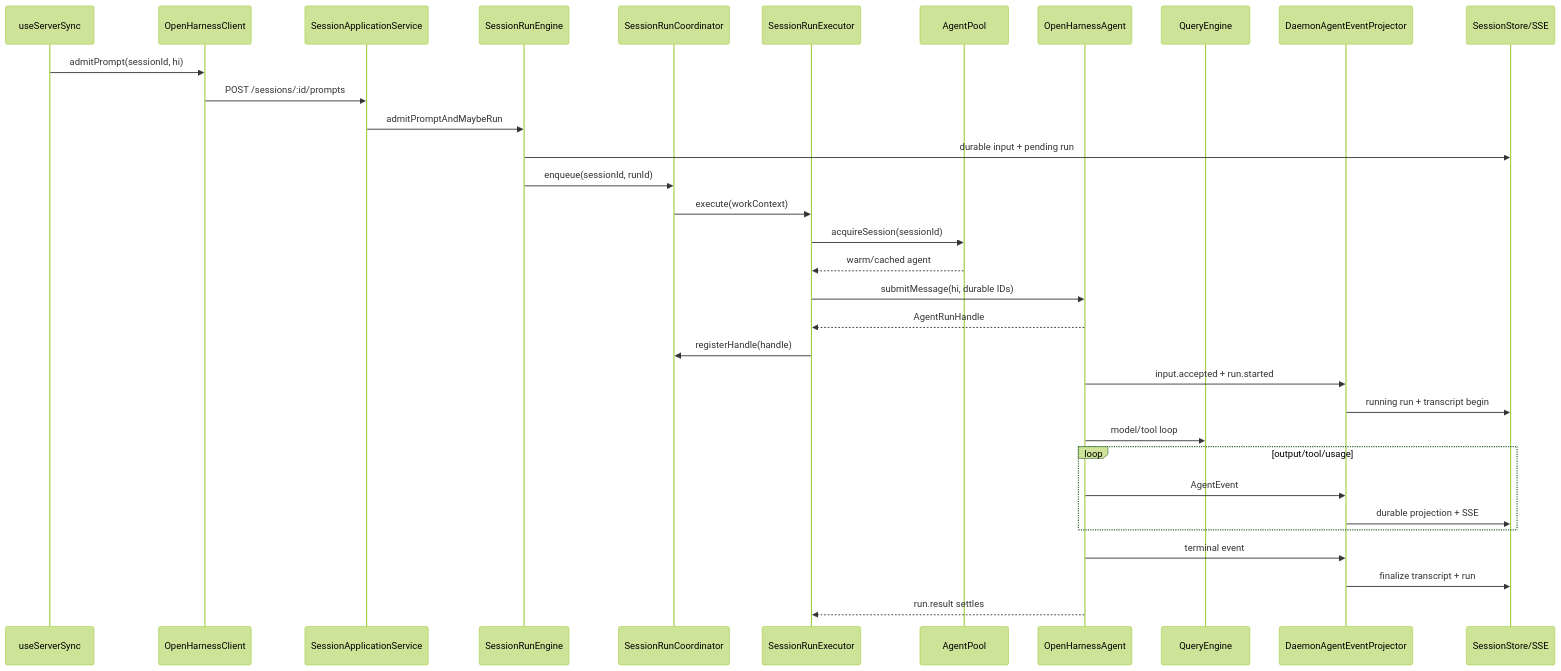
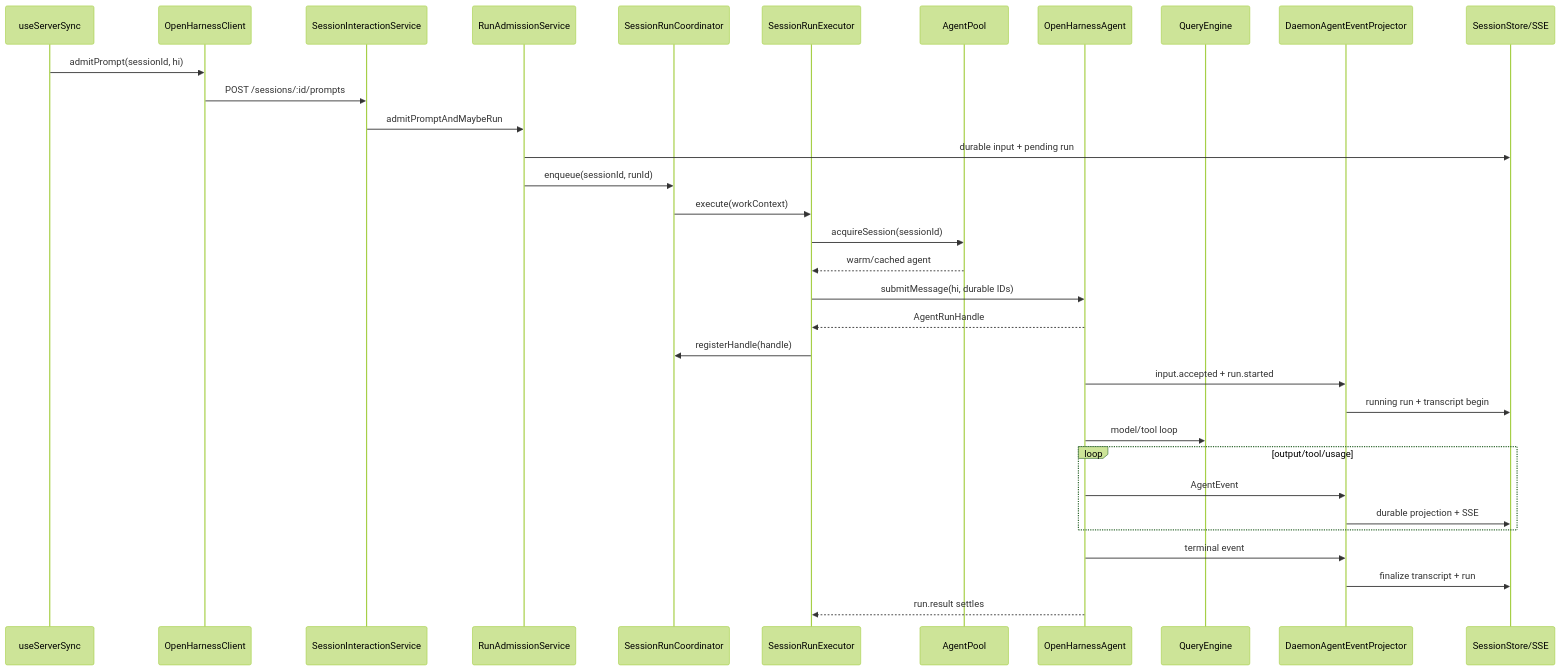
Before and after one commit to rzx007/Vykor: the second of 4 diagrams in docs/daemon-application-architecture.md, drawn with Mermaid (forest theme). The commit also changed other lines of this file and 28 other files, not shown here.

````diff
--- a/docs/daemon-application-architecture.md
+++ b/docs/daemon-application-architecture.md
@@ -127,36 +128,36 @@
 ```mermaid
 sequenceDiagram
   participant UI as useServerSync
   participant C as OpenHarnessClient
-  participant A as SessionApplicationService
-  participant E as SessionRunEngine
+  participant A as SessionInteractionService
+  participant E as RunAdmissionService
   participant L as SessionRunCoordinator
   participant X as SessionRunExecutor
   participant P as AgentPool
   participant G as OpenHarnessAgent
   participant Q as QueryEngine
   participant D as DaemonAgentEventProjector
   participant S as SessionStore/SSE
 
   UI->>C: admitPrompt(sessionId, hi)
   C->>A: POST /sessions/:id/prompts
   A->>E: admitPromptAndMaybeRun
   E->>S: durable input + pending run
   E->>L: enqueue(sessionId, runId)
   L->>X: execute(workContext)
   X->>P: acquireSession(sessionId)
   P-->>X: warm/cached agent
   X->>G: submitMessage(hi, durable IDs)
   G-->>X: AgentRunHandle
   X->>L: registerHandle(handle)
   G->>D: input.accepted + run.started
   D->>S: running run + transcript begin
   G->>Q: model/tool loop
   loop output/tool/usage
     G->>D: AgentEvent
     D->>S: durable projection + SSE
   end
   G->>D: terminal event
   D->>S: finalize transcript + run
   G-->>X: run.result settles
 ```
````
